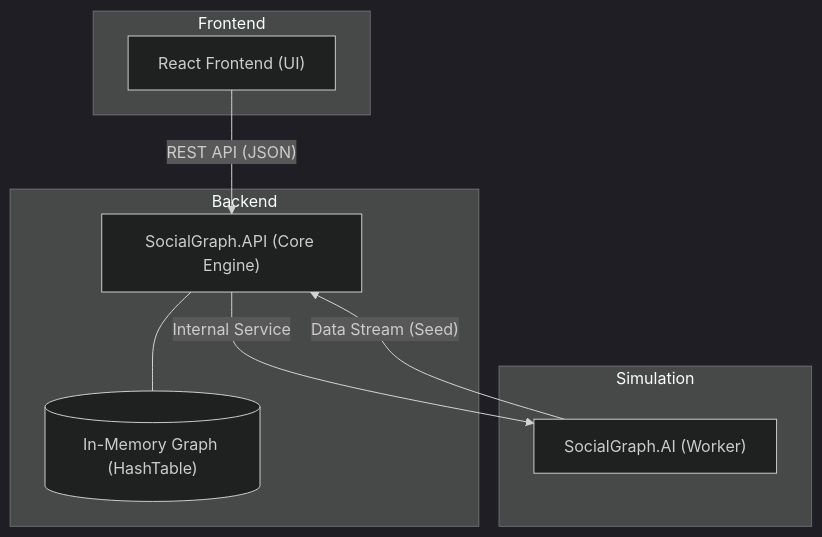
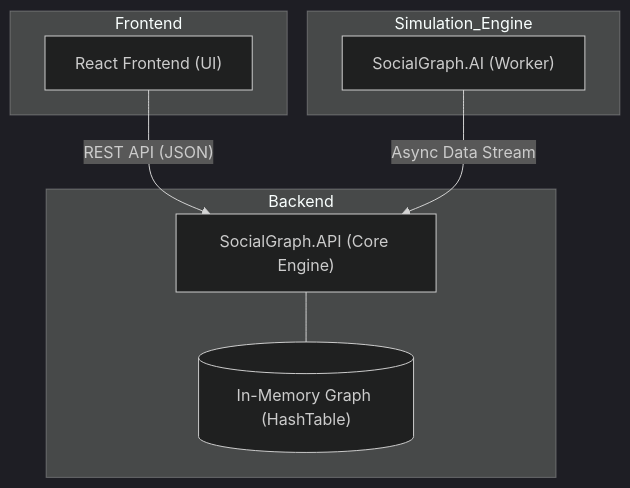
One commit to batuhanrz/SocialGraphProject changed the second of 3 diagrams in Markdowns/Project/UML_Diagrams.md. Above: the diagram before and after it, drawn with Mermaid (dark theme). The commit also changed other lines of this file and 2 other files, not shown here.

Commit message:
chore: Final raporu, uml diagramları düzenlemesi vb.

````diff
--- a/Markdowns/Project/UML_Diagrams.md
+++ b/Markdowns/Project/UML_Diagrams.md
@@ -78,20 +88,19 @@
 ```mermaid
 graph TD
     subgraph Frontend
         UI["React Frontend (UI)"]
     end
 
     subgraph Backend
         API["SocialGraph.API (Core Engine)"]
         DB[("In-Memory Graph (HashTable)")]
     end
 
-    subgraph Simulation
+    subgraph Simulation_Engine
         AI["SocialGraph.AI (Worker)"]
     end
 
     UI -- "REST API (JSON)" --> API
-    API -- "Internal Service" --> AI
-    AI -- "Data Stream (Seed)" --> API
+    AI -- "Async Data Stream" --> API
     API --- DB
 ```
````
